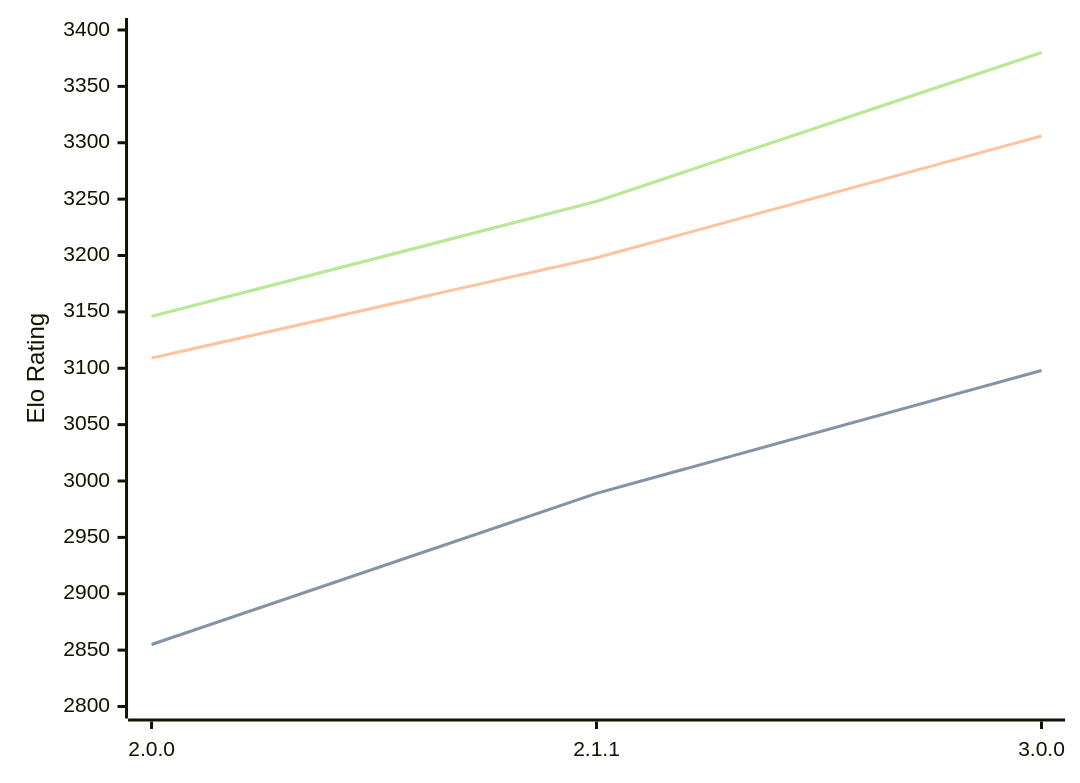
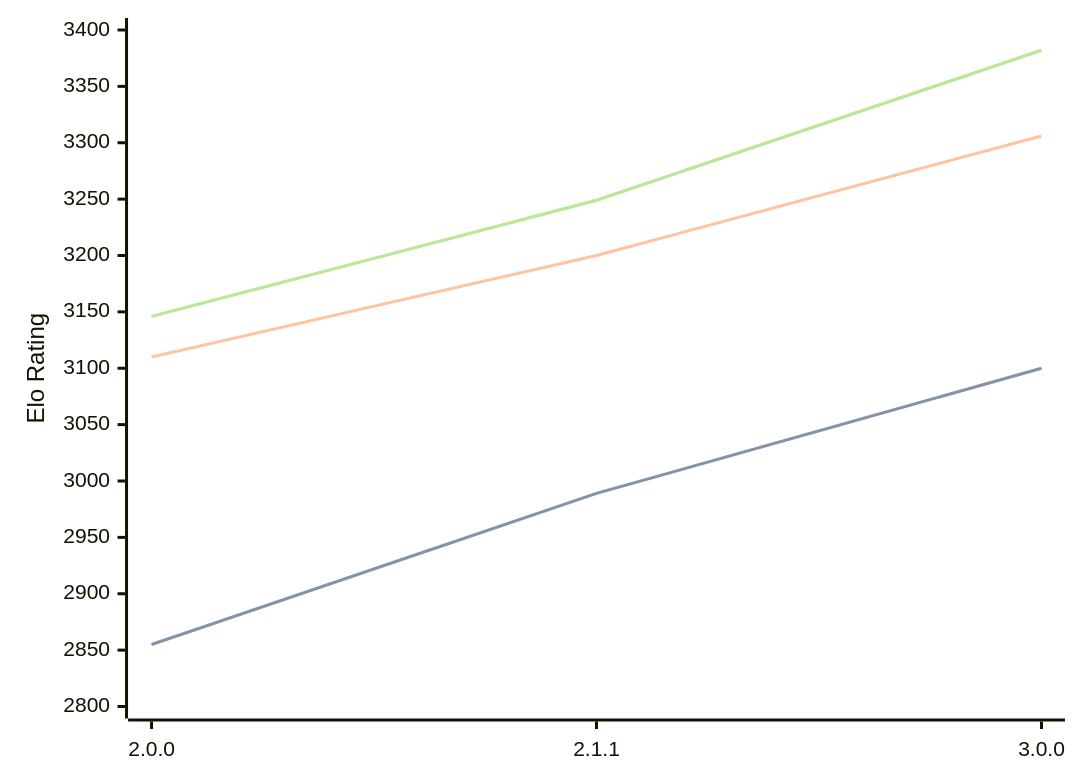
Before and after one commit to computer-chess-index/cci: the diagram in engines/Bread.md, drawn with Mermaid. The commit also changed other lines of this file, not shown here.

Commit message:
Update CCI Ratings (ELO VLTC) - 2026-08-19

````diff
--- a/engines/Bread.md
+++ b/engines/Bread.md
@@ -36,11 +36,11 @@
 ```mermaid
 %%{init: {"theme":"base","themeVariables":{"seriesColors:['#a3a3a3','#222221','#faa371']}}}%%
 xychart-beta
   x-axis ["2.0.0", "2.1.1", "3.0.0"]
   y-axis "Elo Rating" 2800 --> 3400
-  line "STC (8.0+0.08s)" [2855, 2989, 3098]
-  line "STC (8.0+0.08s)" [2855, 2989, 3098]
-  line "LTC (60.0+0.60s)" [3109, 3198, 3306]
-  line "VLTC (2m24s+1.12s)" [3146, 3248, 3380]
-  line "VLTC (2m24s+1.12s)" [3146, 3248, 3380]
+  line "STC (8.0+0.08s)" [2855, 2989, 3100]
+  line "STC (8.0+0.08s)" [2855, 2989, 3100]
+  line "LTC (60.0+0.60s)" [3110, 3200, 3306]
+  line "VLTC (2m24s+1.12s)" [3146, 3249, 3382]
+  line "VLTC (2m24s+1.12s)" [3146, 3249, 3382]
 ```
````
